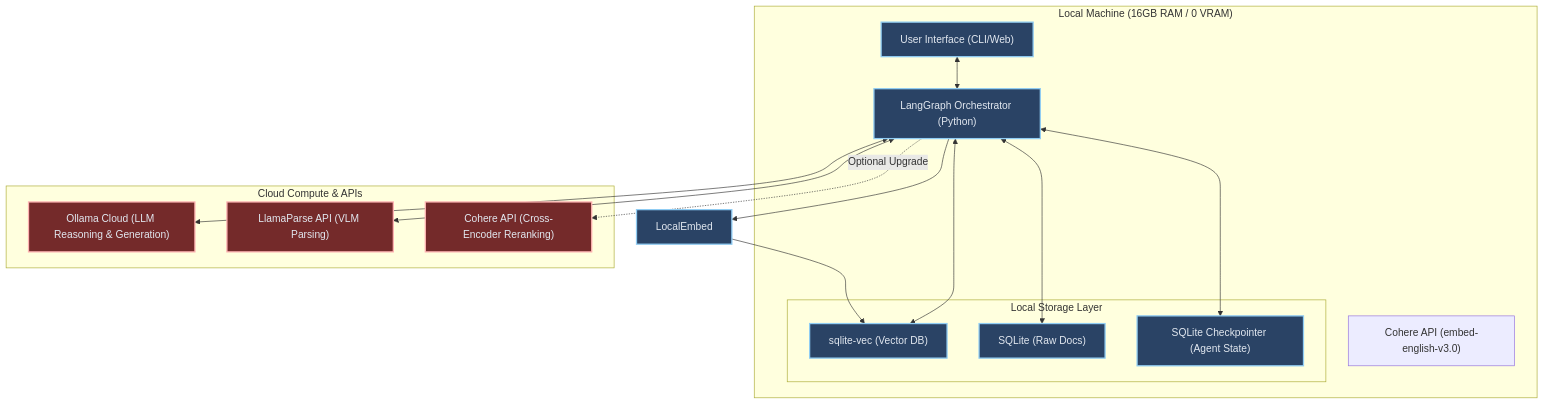
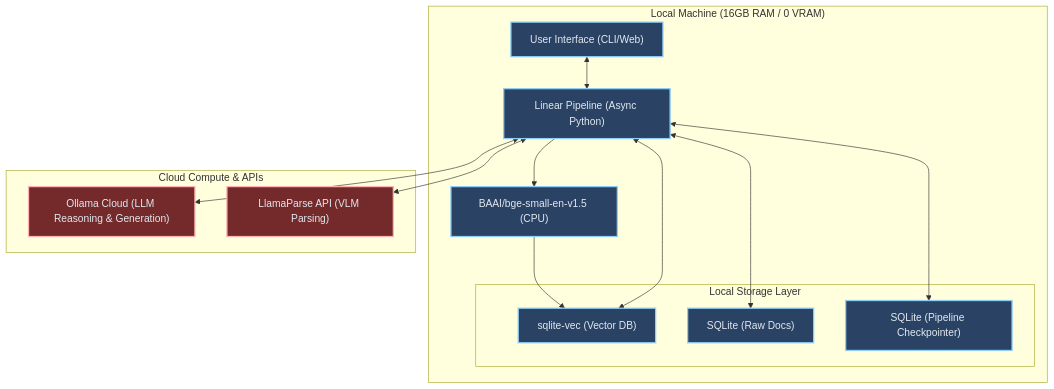
The first of 7 diagrams in rag_final_architecture_2026.md (dpsdagain/RAG), drawn with Mermaid before and after one commit. The commit also changed other lines of this file and 5 other files, not shown here.

Commit message:
docs: V2 Elite Architecture refactor (remove LangGraph, enforce Local bge-small, multiprocessing ingestion)

````diff
--- a/rag_final_architecture_2026.md
+++ b/rag_final_architecture_2026.md
@@ -12,37 +12,35 @@
 ```mermaid
 graph TD
     subgraph "Local Machine (16GB RAM / 0 VRAM)"
         UI["User Interface (CLI/Web)"]
-        Orchestrator["LangGraph Orchestrator (Python)"]
-        APIEmbed["Cohere API (embed-english-v3.0)"]
+        Orchestrator["Linear Pipeline (Async Python)"]
+        LocalEmbed["BAAI/bge-small-en-v1.5 (CPU)"]
         
         subgraph "Local Storage Layer"
             VecDB["sqlite-vec (Vector DB)"]
             DocStore["SQLite (Raw Docs)"]
-            StateDB["SQLite Checkpointer (Agent State)"]
+            StateDB["SQLite (Pipeline Checkpointer)"]
         end
     end
 
     subgraph "Cloud Compute & APIs"
         Ollama["Ollama Cloud (LLM Reasoning & Generation)"]
         LlamaParse["LlamaParse API (VLM Parsing)"]
-        Cohere["Cohere API (Cross-Encoder Reranking)"]
     end
 
     UI <--> Orchestrator
     Orchestrator --> LocalEmbed
     LocalEmbed --> VecDB
     Orchestrator <--> VecDB
     Orchestrator <--> DocStore
     Orchestrator <--> StateDB
 
     Orchestrator <--> Ollama
     Orchestrator <--> LlamaParse
-    Orchestrator -.->|Optional Upgrade| Cohere
     
     classDef local fill:#2a4365,stroke:#90cdf4,stroke-width:2px,color:#e2e8f0
     classDef cloud fill:#742a2a,stroke:#feb2b2,stroke-width:2px,color:#e2e8f0
     
     class UI,Orchestrator,LocalEmbed,VecDB,DocStore,StateDB local
-    class Ollama,LlamaParse,Cohere cloud
+    class Ollama,LlamaParse cloud
 ```
````
